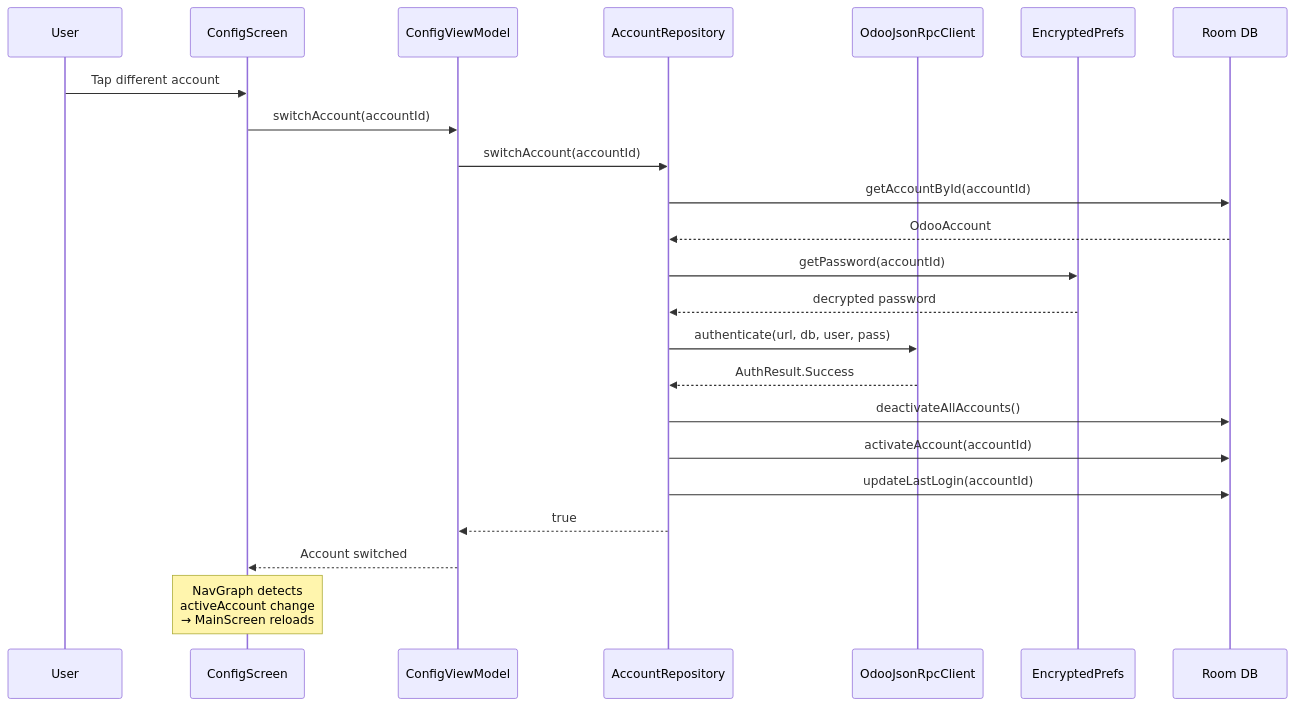
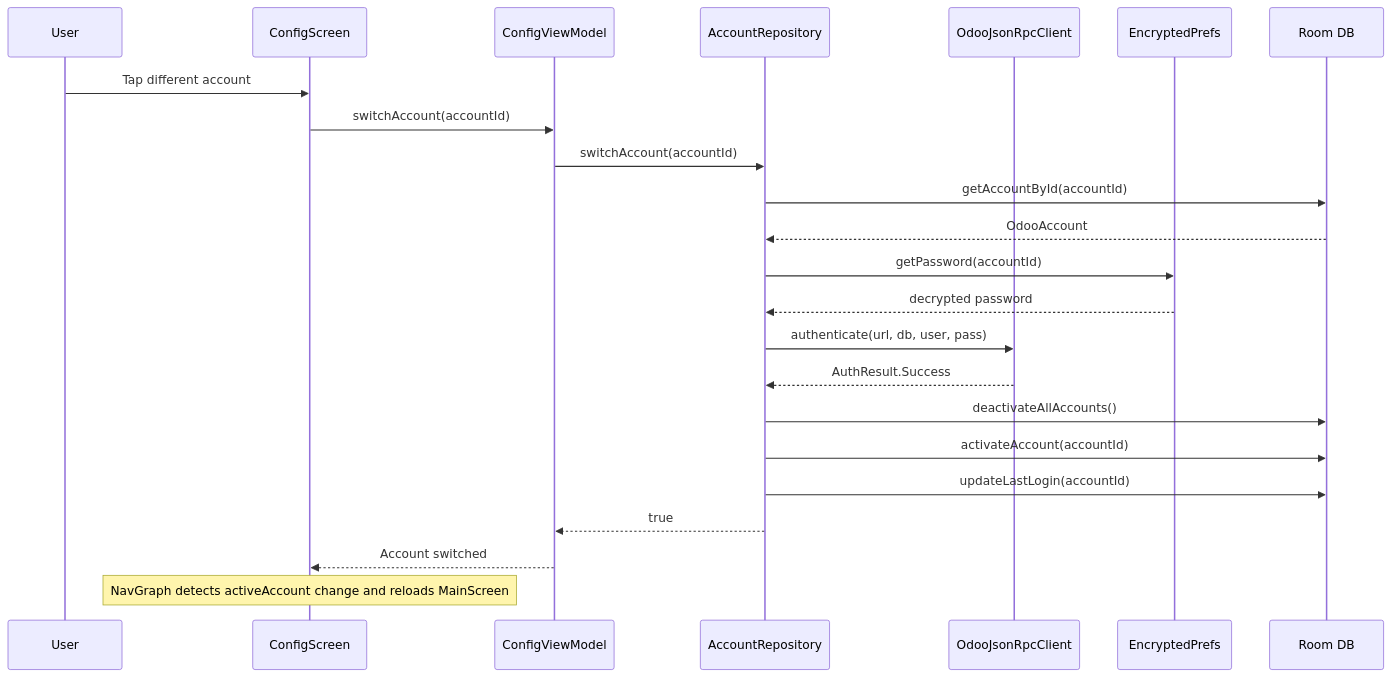
One commit to WOOWTECH/Woow_odoo_app changed diagram 21 of 24 in docs/architecture-overview.md. Above: the diagram before and after it, drawn with Mermaid. The commit also changed other lines of this file, not shown here.

First line of the commit message:
fix: resolve Mermaid syntax errors in architecture diagrams

````diff
--- a/docs/architecture-overview.md
+++ b/docs/architecture-overview.md
@@ -896,32 +896,32 @@
 ```mermaid
 sequenceDiagram
     participant User
     participant ConfigScreen
     participant ConfigVM as ConfigViewModel
     participant AccRepo as AccountRepository
     participant RPC as OdooJsonRpcClient
     participant Prefs as EncryptedPrefs
     participant Room as Room DB
 
     User->>ConfigScreen: Tap different account
     ConfigScreen->>ConfigVM: switchAccount(accountId)
     ConfigVM->>AccRepo: switchAccount(accountId)
 
     AccRepo->>Room: getAccountById(accountId)
     Room-->>AccRepo: OdooAccount
 
     AccRepo->>Prefs: getPassword(accountId)
     Prefs-->>AccRepo: decrypted password
 
     AccRepo->>RPC: authenticate(url, db, user, pass)
     RPC-->>AccRepo: AuthResult.Success
 
     AccRepo->>Room: deactivateAllAccounts()
     AccRepo->>Room: activateAccount(accountId)
     AccRepo->>Room: updateLastLogin(accountId)
 
     AccRepo-->>ConfigVM: true
     ConfigVM-->>ConfigScreen: Account switched
 
-    Note over ConfigScreen: NavGraph detects<br/>activeAccount change<br/>→ MainScreen reloads
+    Note over ConfigScreen: NavGraph detects activeAccount change and reloads MainScreen
 ```
````
